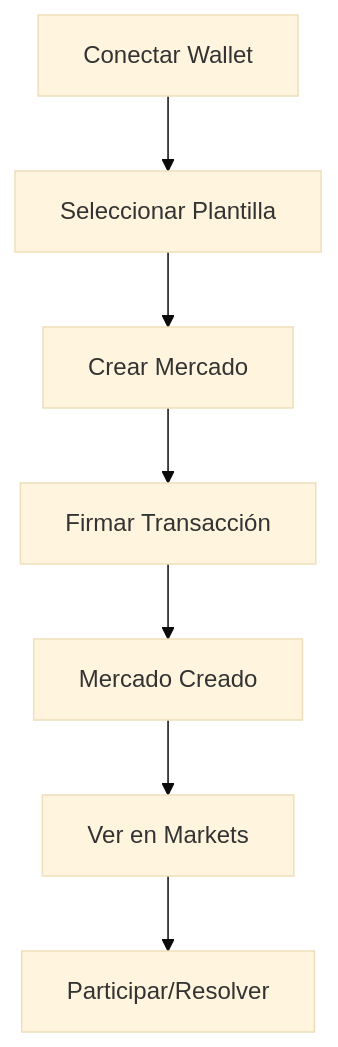
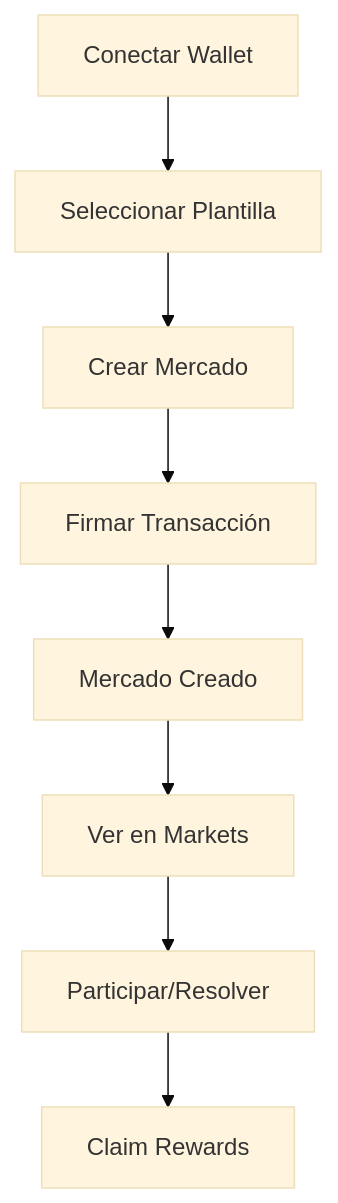
One commit to Vaios0x/Oraculo changed the diagram in README.md. Above: the diagram before and after it, drawn with Mermaid (base theme). The commit also changed other lines of this file, not shown here.

````diff
--- a/README.md
+++ b/README.md
@@ -215,9 +244,10 @@
 ```mermaid
 graph TD
     A[Conectar Wallet] --> B[Seleccionar Plantilla]
     B --> C[Crear Mercado]
     C --> D[Firmar Transacción]
     D --> E[Mercado Creado]
     E --> F[Ver en Markets]
     F --> G[Participar/Resolver]
+    G --> H[Claim Rewards]
 ```
````
